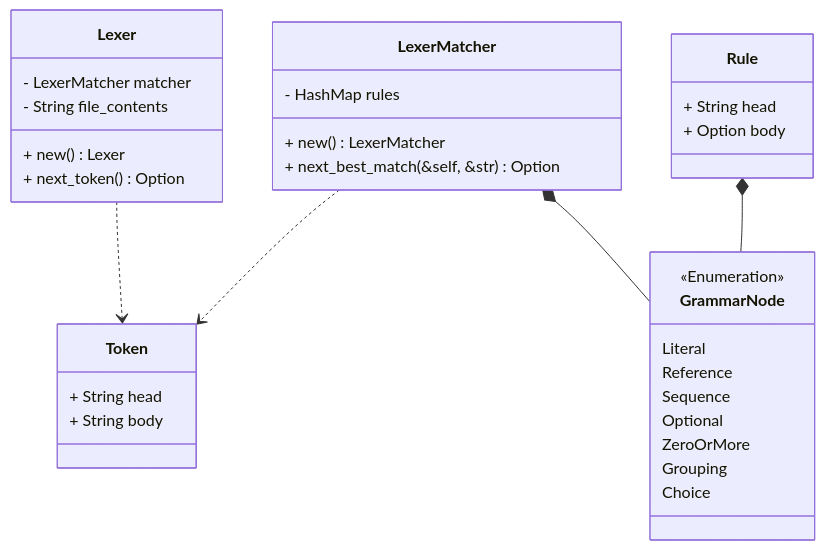
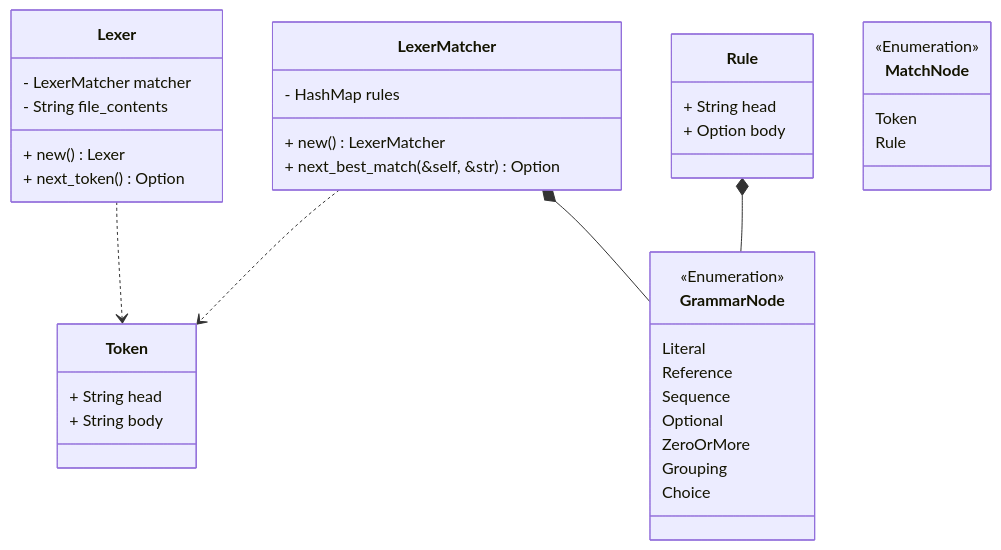
Before and after one commit to abelvandenbussche/compiler: the diagram in docs/class_diagram.md, drawn with Mermaid. The commit also changed 1 other file, not shown here.

Commit message:
Update diagrams
Add the new parsing module and its components to the diagrams

````diff
--- a/docs/class_diagram.md
+++ b/docs/class_diagram.md
@@ -2,39 +2,44 @@
 ```mermaid
 classDiagram
     class Lexer {
         - LexerMatcher matcher
         - String file_contents
 
         + new() Lexer
         + next_token() Option<Token>
     }
     class Token {
         + String head
         + String body
     }
     class LexerMatcher {
         - HashMap<String, GrammarNode> rules
 
         + new() LexerMatcher
         + next_best_match(&self, &str) Option<Token>
     }
     class GrammarNode {
         <<Enumeration>>
         Literal
         Reference
         Sequence
         Optional
         ZeroOrMore
         Grouping
         Choice
     }
     class Rule {
        + String head
        + Option<GrammarNode> body
     }
+    class MatchNode {
+        <<Enumeration>>
+        Token
+        Rule
+    }
 
     Lexer ..> Token
     LexerMatcher ..> Token
     LexerMatcher *-- GrammarNode
     Rule *-- GrammarNode
 ```
````
